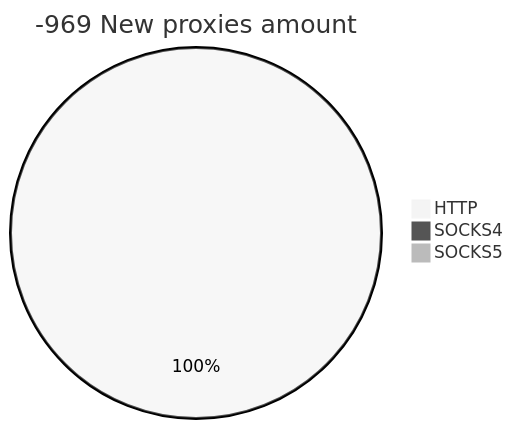
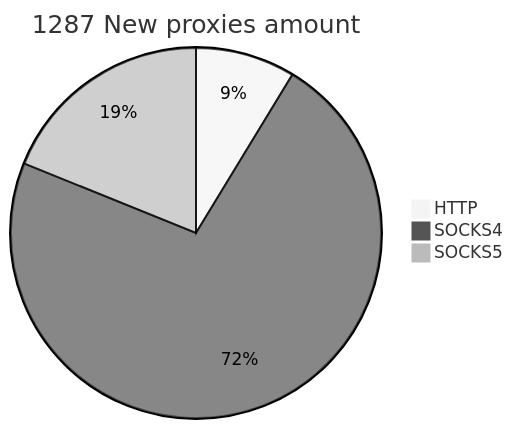
The second of 2 diagrams in README.md (cutipu/proxylist), drawn with Mermaid (neutral theme) before and after one commit. The commit also changed other lines of this file, not shown here.

````diff
--- a/README.md
+++ b/README.md
@@ -10,6 +10,6 @@
 ```mermaid
-pie title -969 New proxies amount
-    "HTTP" : 144
-    "SOCKS4" : 0
-    "SOCKS5" : 0
+pie title 1287 New proxies amount
+    "HTTP" : 112
+    "SOCKS4" : 932
+    "SOCKS5" : 243
 ```
````
